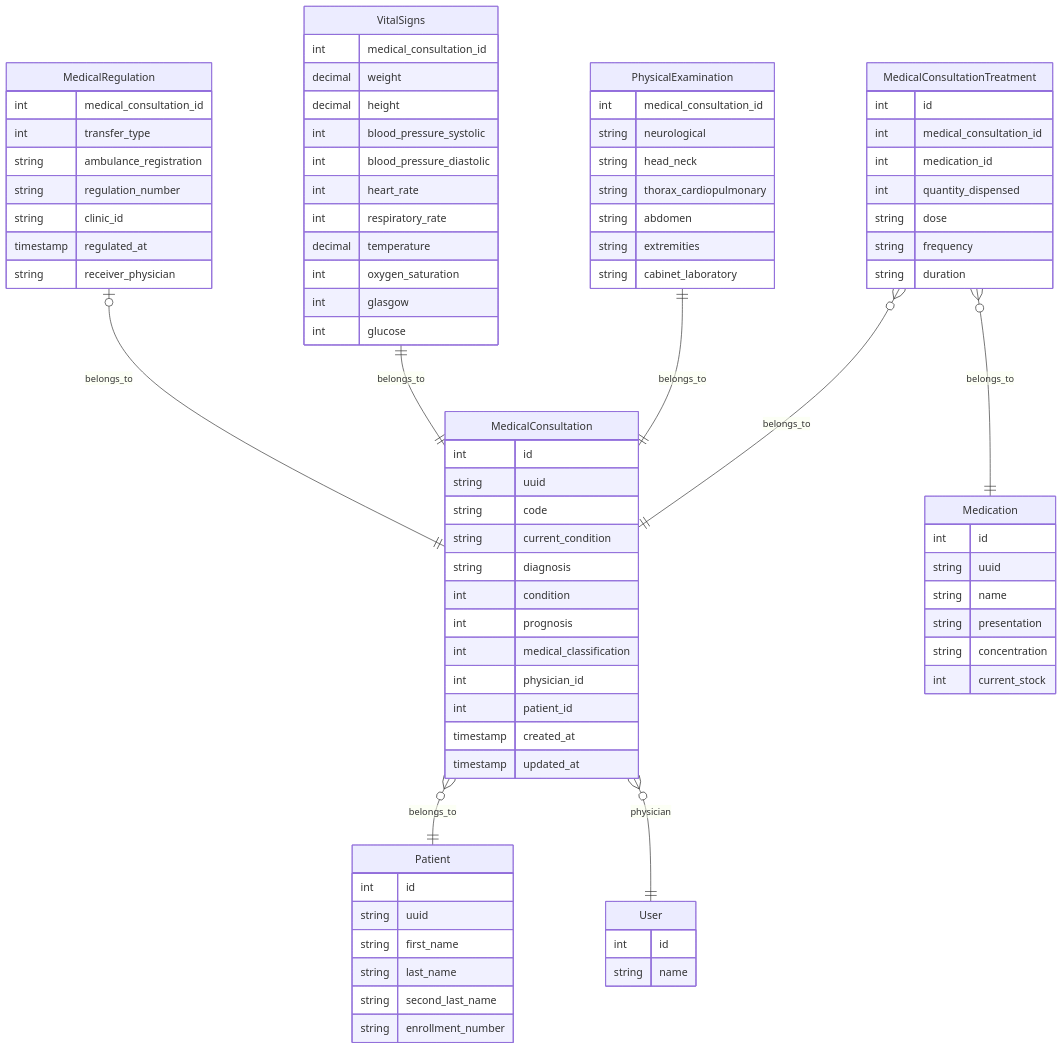
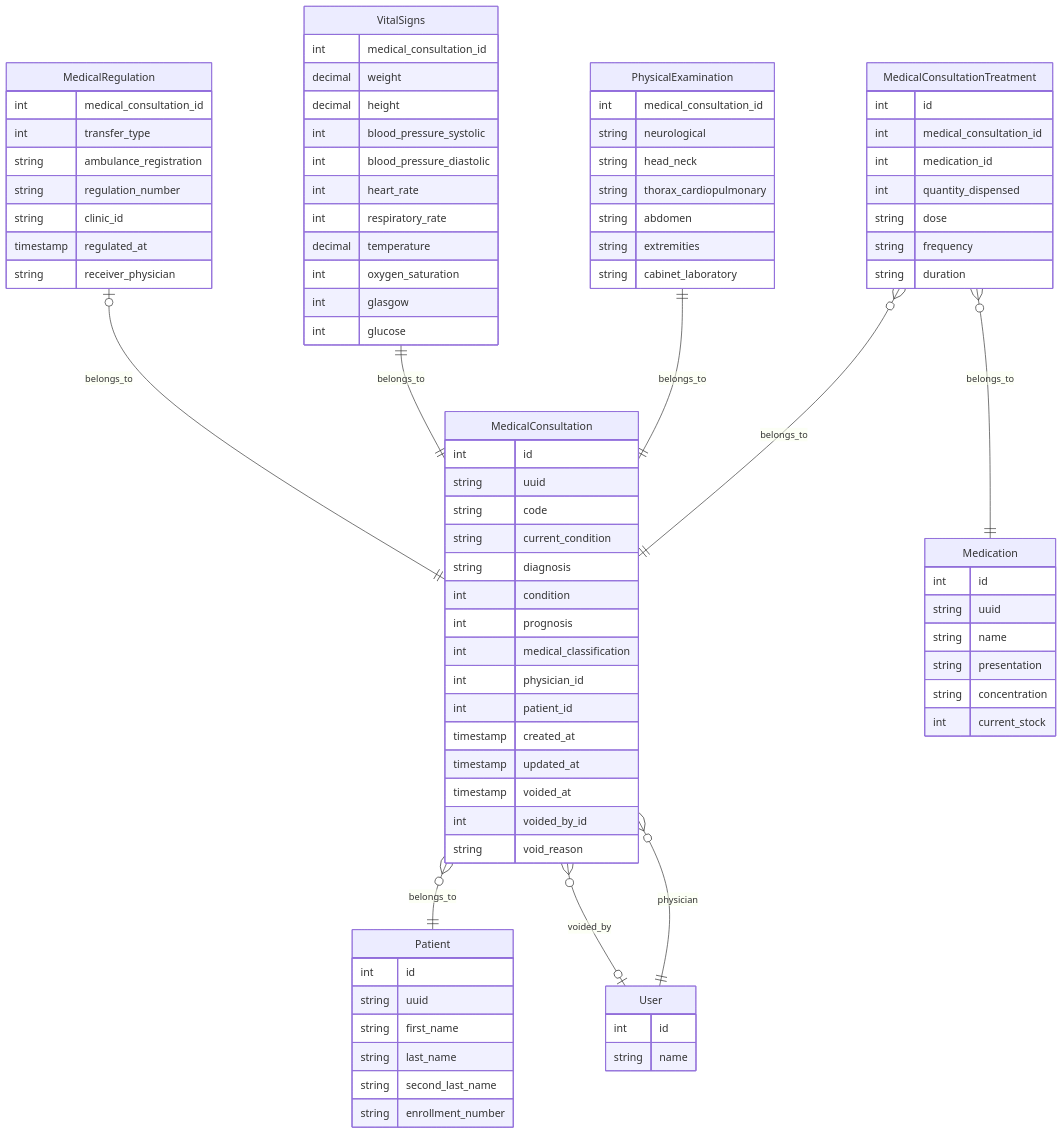
Before and after one commit to joseju77/vitalease: the diagram in docs/features/medical-consultations.md, drawn with Mermaid. The commit also changed other lines of this file and 4 other files, not shown here.

```diff
--- a/docs/features/medical-consultations.md
+++ b/docs/features/medical-consultations.md
@@ -375,7 +489,12 @@
         int patient_id
         timestamp created_at
         timestamp updated_at
+        timestamp voided_at
+        int voided_by_id
+        string void_reason
     }
+
+    MedicalConsultation }o--o| User: voided_by
 
     Medication {
         int id
```
